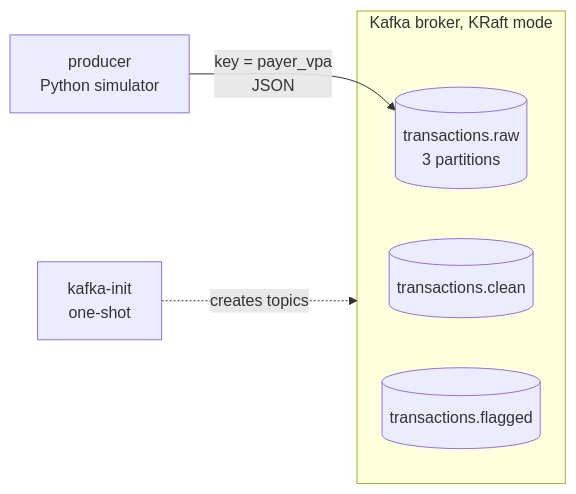
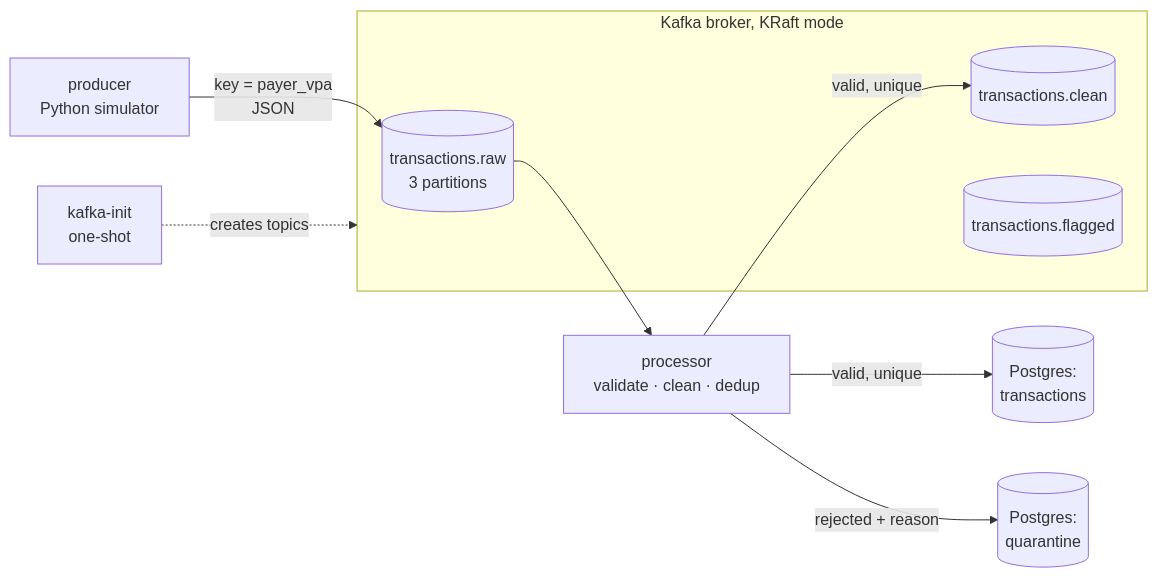
Before and after one commit to KARNATI-SREERAM/upi-fraud-pipeline: the diagram in README.md, drawn with Mermaid. The commit also changed other lines of this file and 15 other files, not shown here.

First line of the commit message:
Phase 2: processor with validation, dedup, quarantine and PostgreSQL

````diff
--- a/README.md
+++ b/README.md
@@ -13,10 +14,14 @@
 ```mermaid
 flowchart LR
     P[producer<br/>Python simulator] -->|key = payer_vpa<br/>JSON| R[(transactions.raw<br/>3 partitions)]
     subgraph Kafka [Kafka broker, KRaft mode]
         R
         C[(transactions.clean)]
         F[(transactions.flagged)]
     end
+    R --> PR[processor<br/>validate · clean · dedup]
+    PR -->|valid, unique| T[(Postgres:<br/>transactions)]
+    PR -->|rejected + reason| Q[(Postgres:<br/>quarantine)]
+    PR -->|valid, unique| C
     I[kafka-init<br/>one-shot] -.creates topics.-> Kafka
 ```
````
